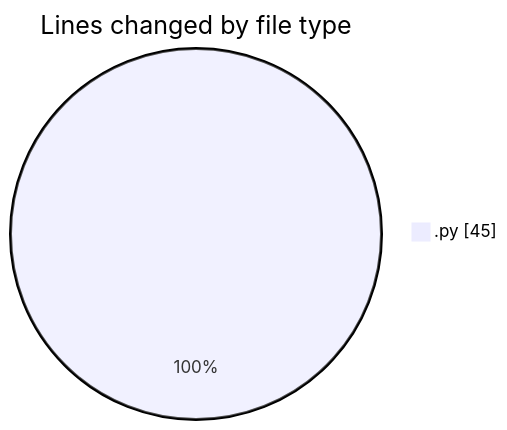
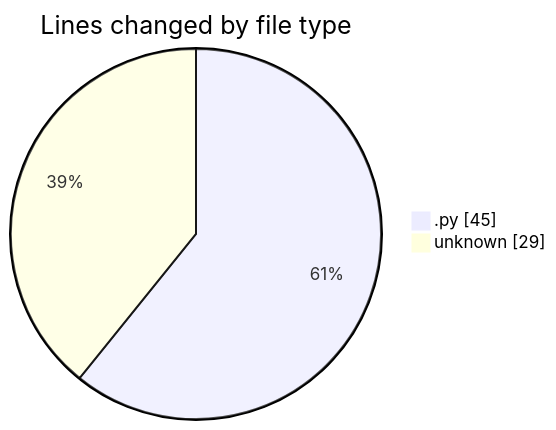
Before and after one commit to julien-gomy/code-tracking: the first of 2 diagrams in 2025-10-16/eventscop-api-guide__workspace_/README.md, drawn with Mermaid. The commit also changed other lines of this file and 1 other file, not shown here.

````diff
--- a/2025-10-16/eventscop-api-guide__workspace_/README.md
+++ b/2025-10-16/eventscop-api-guide__workspace_/README.md
@@ -21,5 +22,6 @@
 ```mermaid
 pie showData
 title Lines changed by file type
 ".py" : 45
+"unknown" : 29
 ```
````
